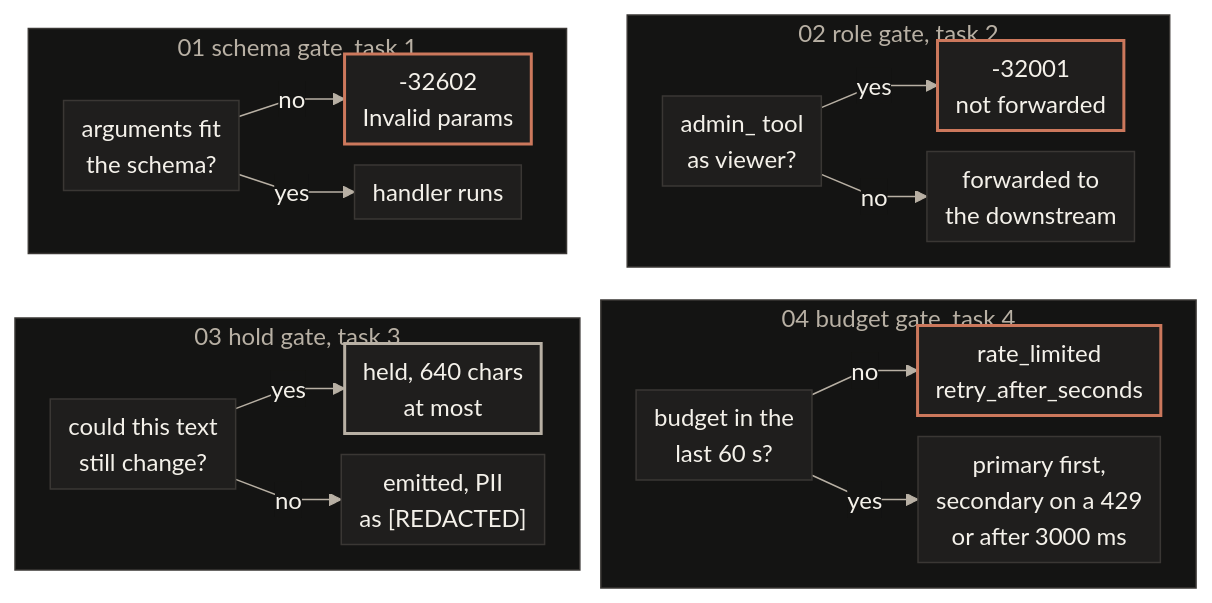
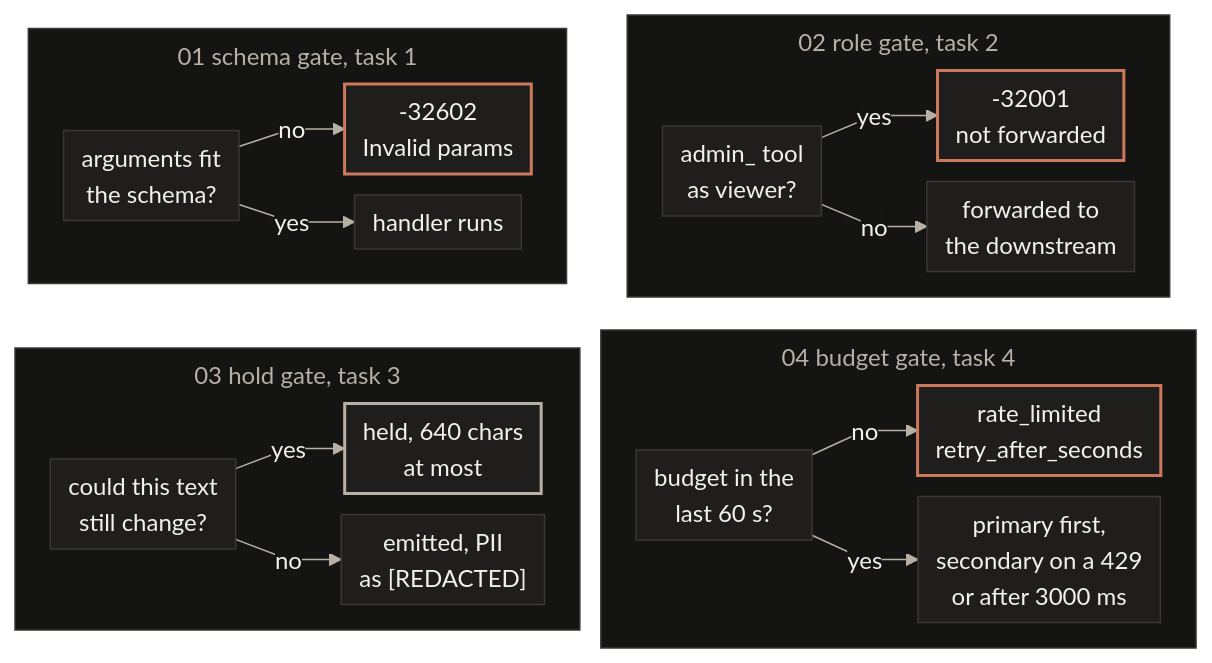
One commit to jameswniu/quilr-fde-assessment changed the diagram in README.md. Above: the diagram before and after it, drawn with Mermaid. The commit also changed 1 other file, not shown here.

Commit message:
Give the mermaid lane titles their own margin so they clear the nodes

````diff
--- a/README.md
+++ b/README.md
@@ -142,30 +142,30 @@
 ```mermaid
-%%{init: {"theme": "base", "themeVariables": {"primaryColor": "#1F1E1D", "primaryTextColor": "#F4F1EA", "primaryBorderColor": "#3A3734", "lineColor": "#B8B0A4", "textColor": "#F4F1EA", "clusterBkg": "#141413", "clusterBorder": "#3A3734", "titleColor": "#B8B0A4", "edgeLabelBackground": "#141413", "fontSize": "16px"}, "flowchart": {"curve": "linear", "nodeSpacing": 14, "rankSpacing": 22, "padding": 6, "diagramPadding": 8}}}%%
+%%{init: {"theme": "base", "themeVariables": {"primaryColor": "#1F1E1D", "primaryTextColor": "#F4F1EA", "primaryBorderColor": "#3A3734", "lineColor": "#B8B0A4", "textColor": "#F4F1EA", "clusterBkg": "#141413", "clusterBorder": "#3A3734", "titleColor": "#B8B0A4", "edgeLabelBackground": "#141413", "fontSize": "16px"}, "flowchart": {"curve": "linear", "nodeSpacing": 14, "rankSpacing": 22, "padding": 6, "diagramPadding": 8, "subGraphTitleMargin": {"top": 6, "bottom": 14}}}}%%
 flowchart TB
   subgraph S2["02 role gate, task 2"]
     direction LR
     B2["admin_ tool<br/>as viewer?"] -- yes --> B3["-32001<br/>not forwarded"]
     B2 -- no --> B4["forwarded to<br/>the downstream"]
   end
   subgraph S1["01 schema gate, task 1"]
     direction LR
     A2["arguments fit<br/>the schema?"] -- no --> A3["-32602<br/>Invalid params"]
     A2 -- yes --> A4["handler runs"]
   end
   subgraph S4["04 budget gate, task 4"]
     direction LR
     D2["budget in the<br/>last 60 s?"] -- no --> D3["rate_limited<br/>retry_after_seconds"]
     D2 -- yes --> D4["primary first,<br/>secondary on a 429<br/>or after 3000 ms"]
   end
   subgraph S3["03 hold gate, task 3"]
     direction LR
     C2["could this text<br/>still change?"] -- yes --> C3["held, 640 chars<br/>at most"]
     C2 -- no --> C4["emitted, PII<br/>as [REDACTED]"]
   end
   S1 ~~~ S3
   S2 ~~~ S4
   classDef stop fill:#1F1E1D,stroke:#CC785C,stroke-width:2px,color:#F4F1EA
   classDef hold fill:#1F1E1D,stroke:#B8B0A4,stroke-width:2px,color:#F4F1EA
   class A3,B3,D3 stop
   class C3 hold
 ```
````
